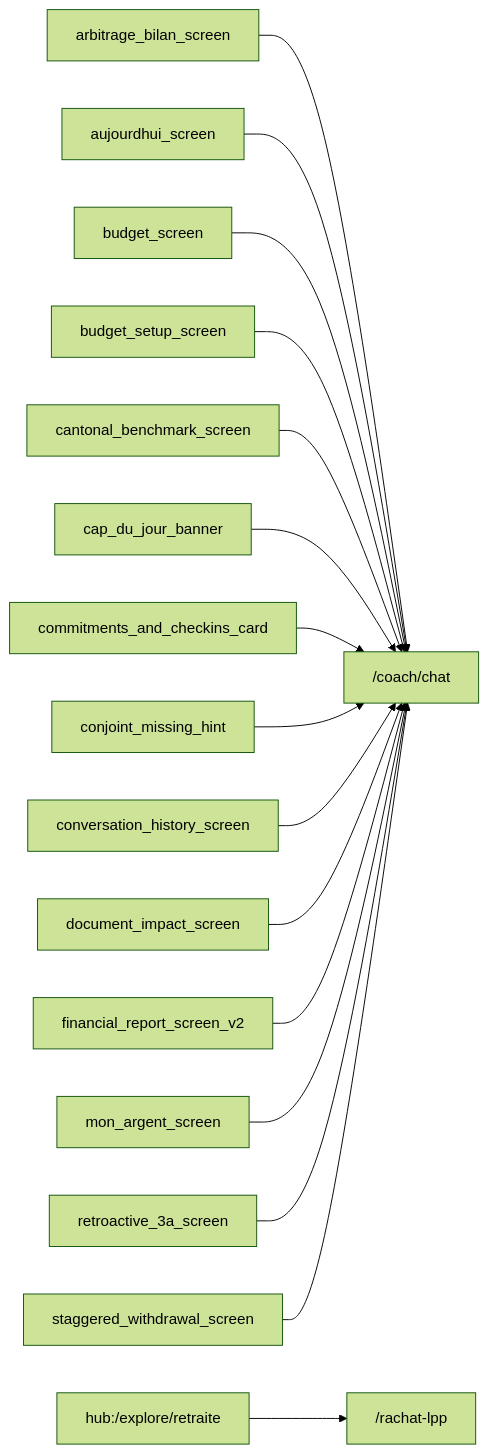
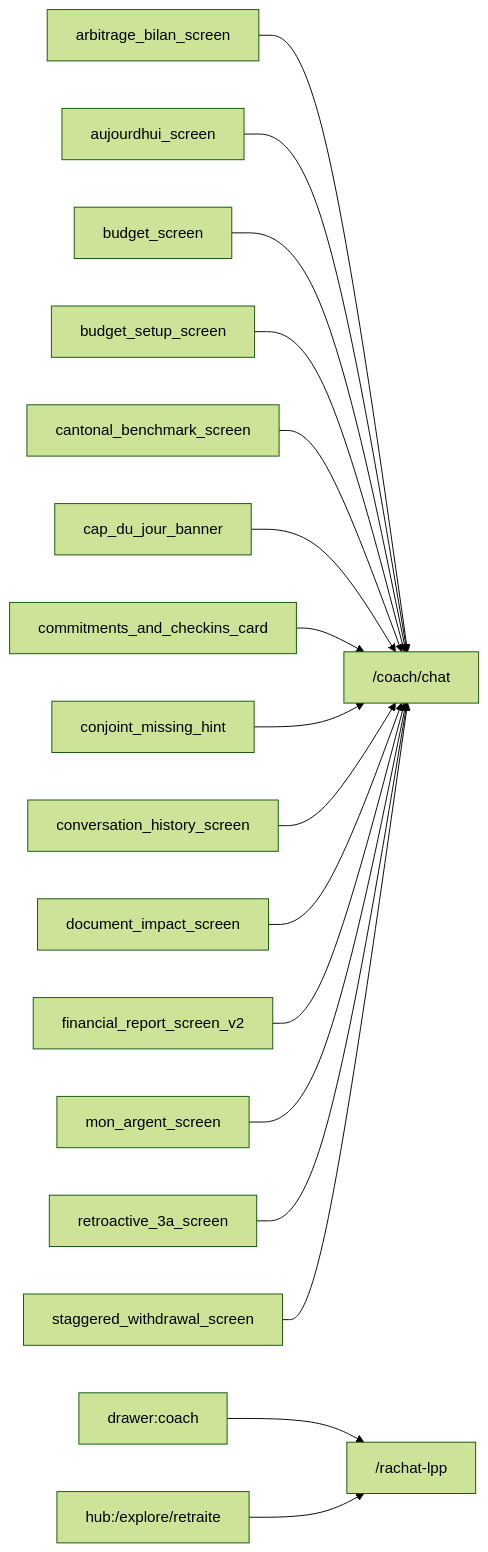
The diagram in .planning/architecture/themes/coach.md (MINT-IA/MINT), drawn with Mermaid (forest theme) before and after one commit. The commit also changed other lines of this file and 7 other files, not shown here.

````diff
--- a/.planning/architecture/themes/coach.md
+++ b/.planning/architecture/themes/coach.md
@@ -55,18 +55,19 @@
 ```mermaid
 graph LR
   arbitrage_bilan_screen["arbitrage_bilan_screen"] --> _coach_chat["/coach/chat"]
   aujourdhui_screen["aujourdhui_screen"] --> _coach_chat["/coach/chat"]
   budget_screen["budget_screen"] --> _coach_chat["/coach/chat"]
   budget_setup_screen["budget_setup_screen"] --> _coach_chat["/coach/chat"]
   cantonal_benchmark_screen["cantonal_benchmark_screen"] --> _coach_chat["/coach/chat"]
   cap_du_jour_banner["cap_du_jour_banner"] --> _coach_chat["/coach/chat"]
   commitments_and_checkins_card["commitments_and_checkins_card"] --> _coach_chat["/coach/chat"]
   conjoint_missing_hint["conjoint_missing_hint"] --> _coach_chat["/coach/chat"]
   conversation_history_screen["conversation_history_screen"] --> _coach_chat["/coach/chat"]
   document_impact_screen["document_impact_screen"] --> _coach_chat["/coach/chat"]
   financial_report_screen_v2["financial_report_screen_v2"] --> _coach_chat["/coach/chat"]
   mon_argent_screen["mon_argent_screen"] --> _coach_chat["/coach/chat"]
   retroactive_3a_screen["retroactive_3a_screen"] --> _coach_chat["/coach/chat"]
   staggered_withdrawal_screen["staggered_withdrawal_screen"] --> _coach_chat["/coach/chat"]
+  drawer_coach["drawer:coach"] --> _rachat_lpp["/rachat-lpp"]
   hub__explore_retraite["hub:/explore/retraite"] --> _rachat_lpp["/rachat-lpp"]
 ```
````
